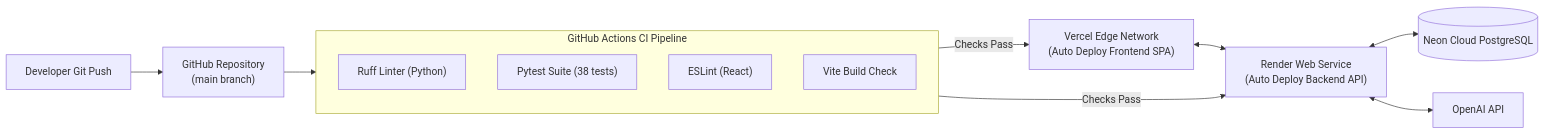
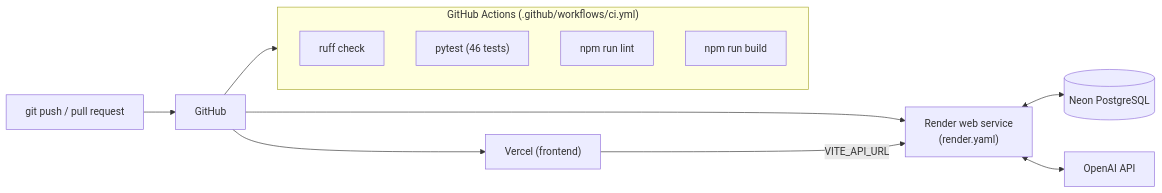
Before and after one commit to BenaiahAsis/online-seller-assistant: the fourth of 4 diagrams in docs/SYSTEM_ARCHITECTURE.md, drawn with Mermaid. The commit also changed other lines of this file and 3 other files, not shown here.

First line of the commit message:
docs: align README and architecture doc with the implemented system

````diff
--- a/docs/SYSTEM_ARCHITECTURE.md
+++ b/docs/SYSTEM_ARCHITECTURE.md
@@ -372,20 +318,16 @@
 ```mermaid
 flowchart LR
-    Dev["Developer Git Push"] --> GitHub["GitHub Repository\n(main branch)"]
-    
-    subgraph CI ["GitHub Actions CI Pipeline"]
-        LintPy["Ruff Linter (Python)"]
-        TestPy["Pytest Suite (38 tests)"]
-        LintJS["ESLint (React)"]
-        BuildJS["Vite Build Check"]
+    Dev["git push / pull request"] --> GH["GitHub"]
+    GH --> CI
+    subgraph CI ["GitHub Actions (.github/workflows/ci.yml)"]
+        LintPy["ruff check"]
+        TestPy["pytest (46 tests)"]
+        LintJS["npm run lint"]
+        BuildJS["npm run build"]
     end
-
-    GitHub --> CI
-
-    CI -->|Checks Pass| DeployRender["Render Web Service\n(Auto Deploy Backend API)"]
-    CI -->|Checks Pass| DeployVercel["Vercel Edge Network\n(Auto Deploy Frontend SPA)"]
-
-    DeployRender <--> Neon[("Neon Cloud PostgreSQL")]
-    DeployRender <--> OpenAI["OpenAI API"]
-    DeployVercel <--> DeployRender
+    GH --> Render["Render web service\n(render.yaml)"]
+    GH --> Vercel["Vercel (frontend)"]
+    Render <--> Neon[("Neon PostgreSQL")]
+    Render <--> OpenAI["OpenAI API"]
+    Vercel -->|"VITE_API_URL"| Render
 ```
````
